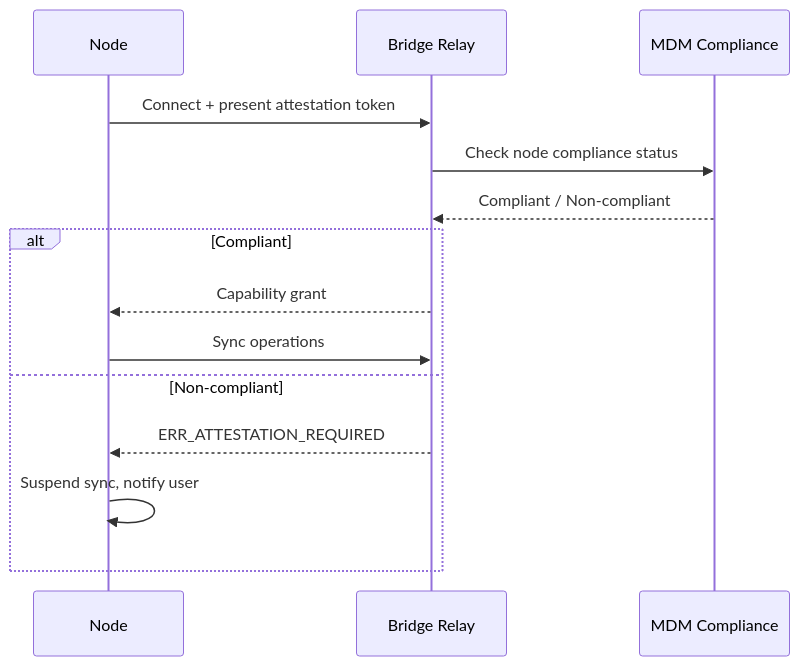
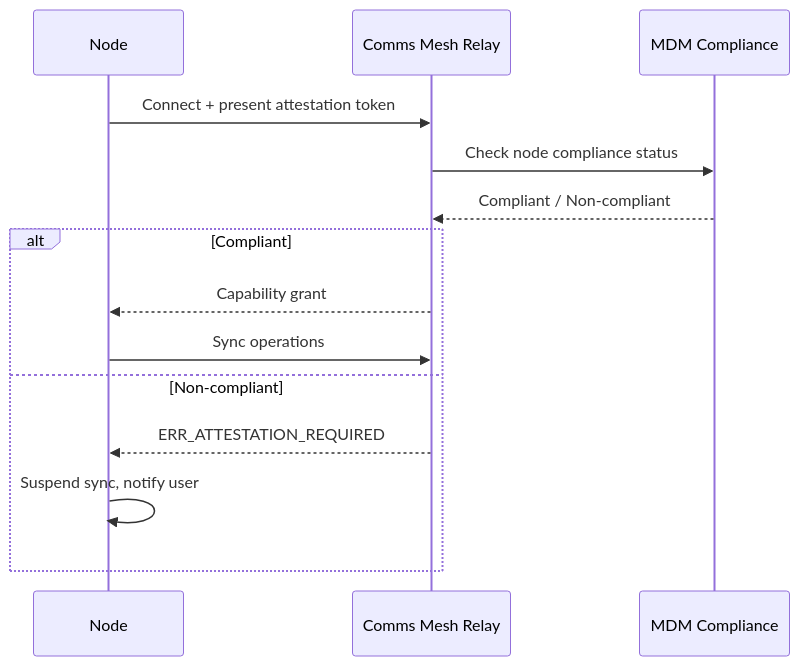
One commit to Harborline-Software/the-inverted-stack changed the first of 2 diagrams in vol-1/part-4-implementation-playbooks/ch19-shipping-to-enterprise.md. Above: the diagram before and after it, drawn with Mermaid. The commit also changed other lines of this file and 18 other files, not shown here.

````diff
--- a/vol-1/part-4-implementation-playbooks/ch19-shipping-to-enterprise.md
+++ b/vol-1/part-4-implementation-playbooks/ch19-shipping-to-enterprise.md
@@ -203,17 +203,17 @@
 ```mermaid
 sequenceDiagram
     participant Node
-    participant Relay as Bridge Relay
+    participant Relay as Comms Mesh Relay
     participant MDM as MDM Compliance
 
     Node->>Relay: Connect + present attestation token
     Relay->>MDM: Check node compliance status
     MDM-->>Relay: Compliant / Non-compliant
     alt Compliant
         Relay-->>Node: Capability grant
         Node->>Relay: Sync operations
     else Non-compliant
         Relay-->>Node: ERR_ATTESTATION_REQUIRED
         Node->>Node: Suspend sync, notify user
     end
 ```
````
